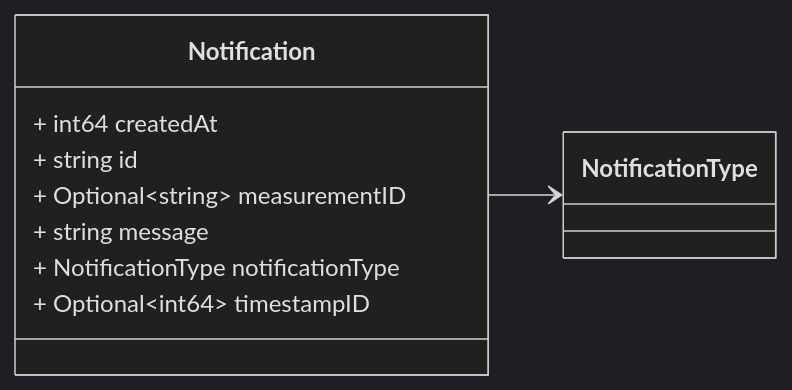
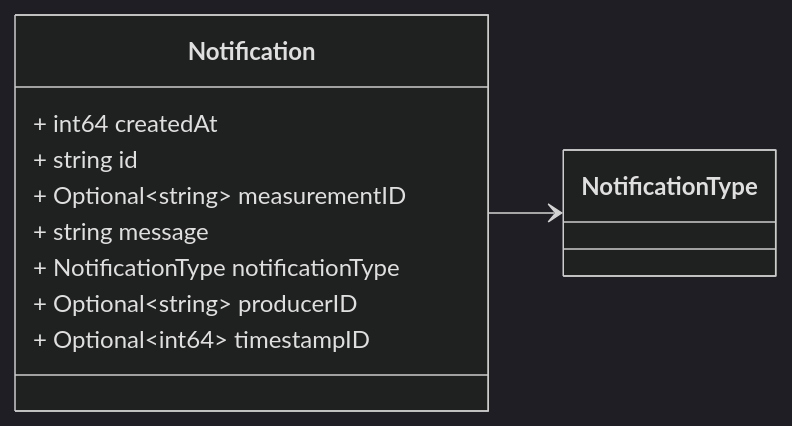
One commit to zaphiro-technologies/protobuf changed the fourth of 4 diagrams in docs/task.proto.md. Above: the diagram before and after it, drawn with Mermaid (dark theme). The commit also changed other lines of this file and 4 other files, not shown here.

First line of the commit message:
Notification message: support Trigger requirements (#6)

````diff
--- a/docs/task.proto.md
+++ b/docs/task.proto.md
@@ -99,17 +101,18 @@
 ```mermaid
 classDiagram
 direction LR
 
-%% A notification message.
+%% A notification message. Headers used in rabbitMQ: `notificationType` `producerId` `timestampID`
 
 class Notification {
   + int64 createdAt
   + string id
   + Optional~string~ measurementID
   + string message
   + NotificationType notificationType
+  + Optional~string~ producerID
   + Optional~int64~ timestampID
 }
 Notification --> `NotificationType`
 
 ```
````
